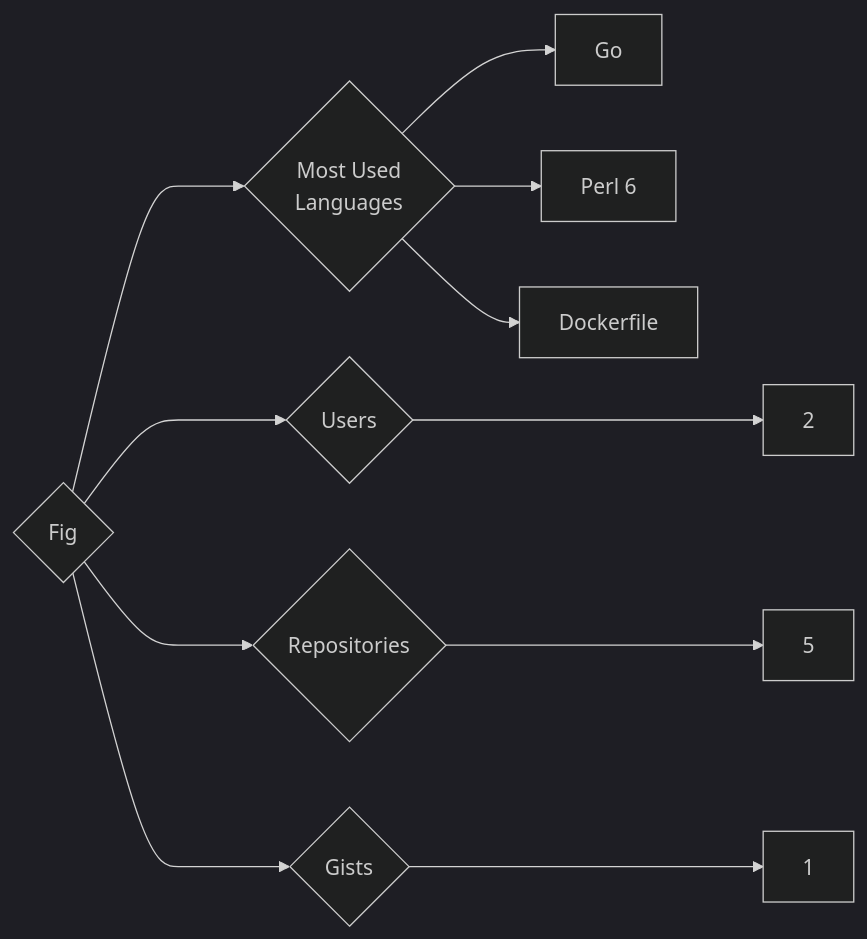
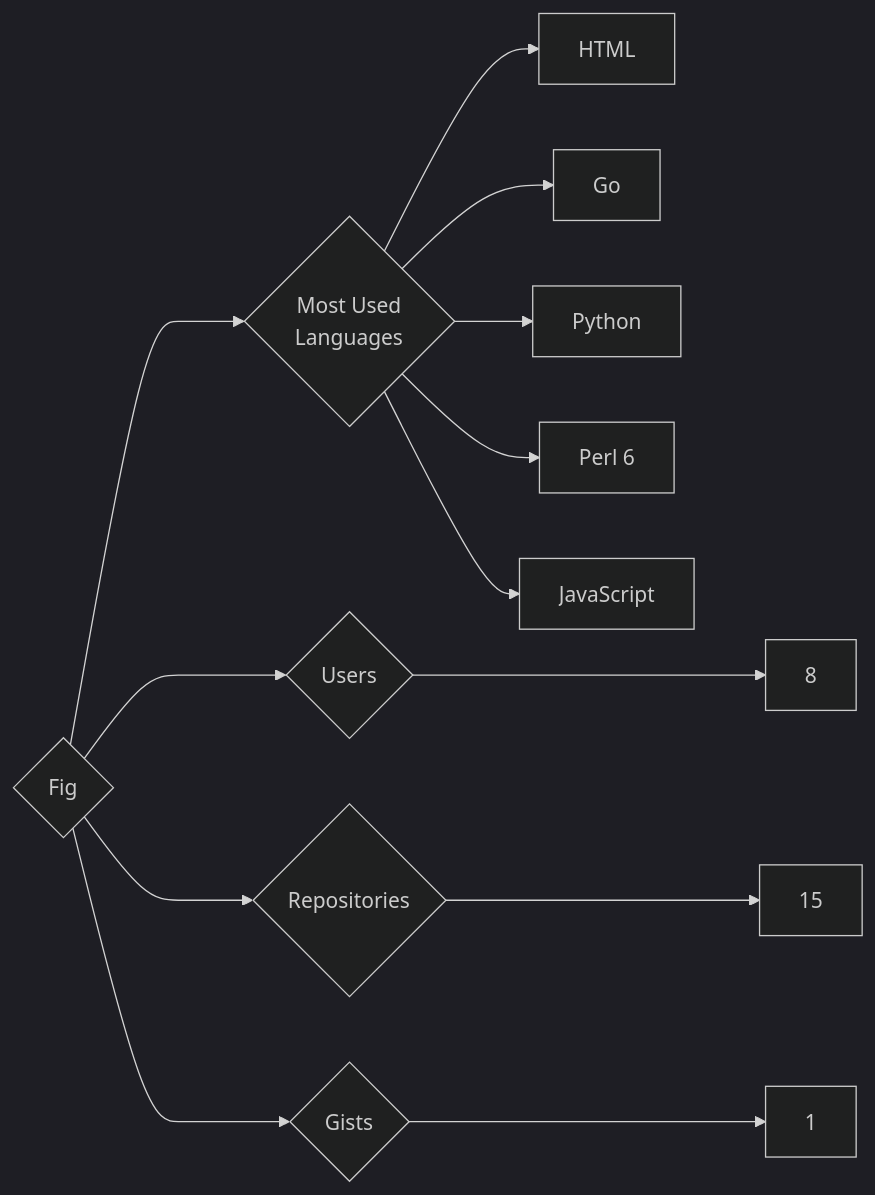
One commit to trickest/insiders changed the diagram in targets/Fig/README.md. Above: the diagram before and after it, drawn with Mermaid (dark theme). The commit also changed 993 other files, not shown here.

````diff
--- a/targets/Fig/README.md
+++ b/targets/Fig/README.md
@@ -3,11 +3,13 @@
 ```mermaid
 graph LR
 COMPANY_NAME{Fig}
-COMPANY_NAME ---> U{Users} ---> UN[2]
-COMPANY_NAME ---> R{Repositories} ---> RN[5]
+COMPANY_NAME ---> U{Users} ---> UN[8]
+COMPANY_NAME ---> R{Repositories} ---> RN[15]
 COMPANY_NAME ---> G{Gists} ---> GN[1]
 COMPANY_NAME ---> ML{Most Used<br>Languages}
+ML --> HTML[HTML]
 ML --> Go[Go]
+ML --> Python[Python]
 ML --> Perl_6[Perl 6]
-ML --> Dockerfile[Dockerfile]
+ML --> JavaScript[JavaScript]
 ```
````
